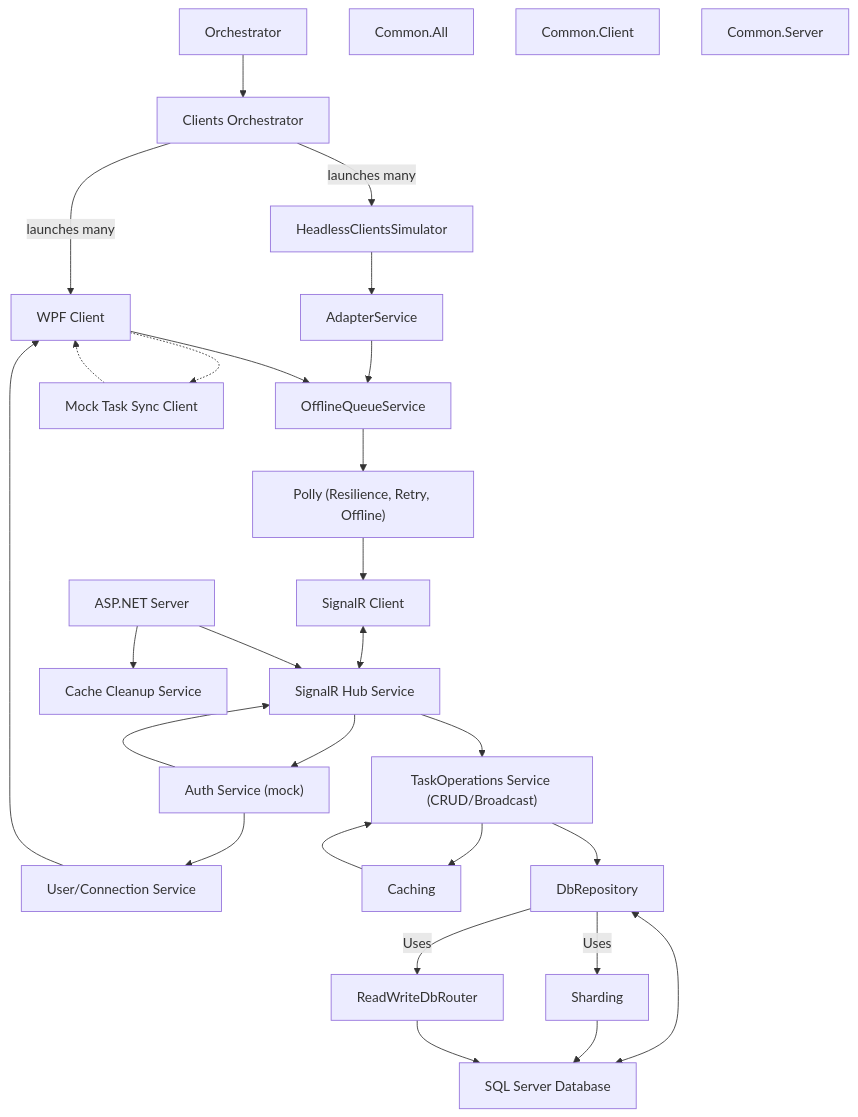
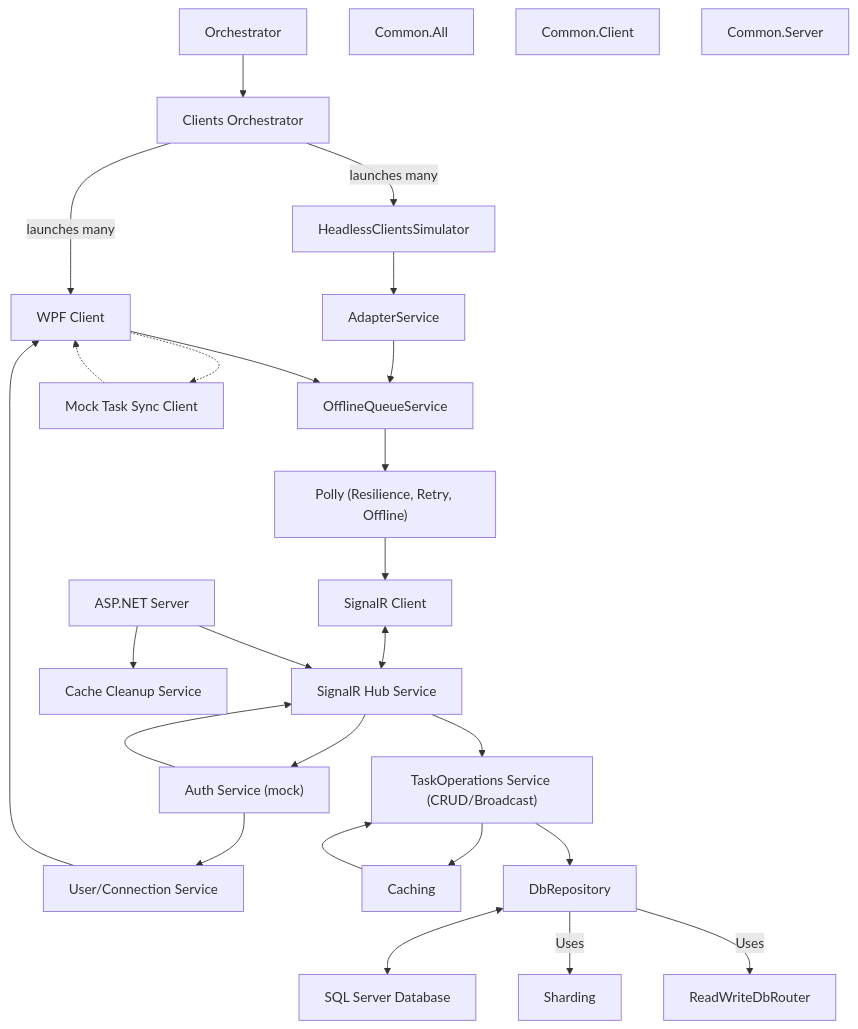
One commit to shaunday/ToDos changed the diagram in README.md. Above: the diagram before and after it, drawn with Mermaid. The commit also changed other lines of this file, not shown here.

````diff
--- a/README.md
+++ b/README.md
@@ -66,72 +66,69 @@
 ```mermaid
 flowchart TB
     %% Top: Orchestrator
     Orchestrator["Orchestrator"]
     ClientsOrchestrator["Clients Orchestrator"]
     Orchestrator --> ClientsOrchestrator
     ClientsOrchestrator -- "launches many" --> UI
     ClientsOrchestrator -- "launches many" --> HeadlessSim
     HeadlessSim["HeadlessClientsSimulator"]
     AdapterService["AdapterService"]
     HeadlessSim --> AdapterService
     AdapterService --> OfflineQueueService
 
+    %% User/Connection Service above UI
+    UserConnService["User/Connection Service"]
+    UserConnService --> UI
+
     %% Client Side
-    UserConnService["User/Connection Service"]
     UI["WPF Client"]
     OfflineQueueService["OfflineQueueService"]
     Polly["Polly (Resilience, Retry, Offline)"]
     SignalRClient["SignalR Client"]
     Mock["Mock Task Sync Client"]
 
-    UserConnService --> UI
     UI --> OfflineQueueService
     OfflineQueueService --> Polly
     Polly --> SignalRClient
     UI -.-> Mock
     Mock -.-> UI
-
-    %% Divider: SignalR boundary
     SignalRClient <--> SignalRHub
-    %% --- Client/Server boundary ---
 
     %% Middle: Auth Service (mock)
     AuthService["Auth Service (mock)"]
     AuthService --> SignalRHub
     AuthService --> UserConnService
     SignalRHub --> AuthService
 
     %% Server Side
     SignalRHub["SignalR Hub Service"]
     TaskOperations["TaskOperations Service (CRUD/Broadcast)"]
     Caching["Caching"]
     DbRepository["DbRepository"]
     ServerApp["ASP.NET Server"]
     ServerApp --> SignalRHub
     ServerApp --> CacheCleanup
     SignalRHub --> TaskOperations
     TaskOperations --> Caching
     Caching --> TaskOperations
     TaskOperations --> DbRepository
     DbRepository <--> DB
     CacheCleanup["Cache Cleanup Service"]
 
-    %% Sharding and ReadWriteDbRouter above DB
+    %% Sharding and ReadWriteDbRouter as services for DbRepository
     Sharding["Sharding"]
     ReadWriteDbRouter["ReadWriteDbRouter"]
     DbRepository -- Uses --> Sharding
     DbRepository -- Uses --> ReadWriteDbRouter
-    Sharding --> DB
-    ReadWriteDbRouter --> DB
     DB["SQL Server Database"]
 
     %% Right: Shared/Common (top to bottom)
     CommonAll["Common.All"]
     CommonClient["Common.Client"]
     CommonServer["Common.Server"]
 
     %% Position common projects visually (no lines)
     CommonAll
     CommonClient
     CommonServer
 ```
````
